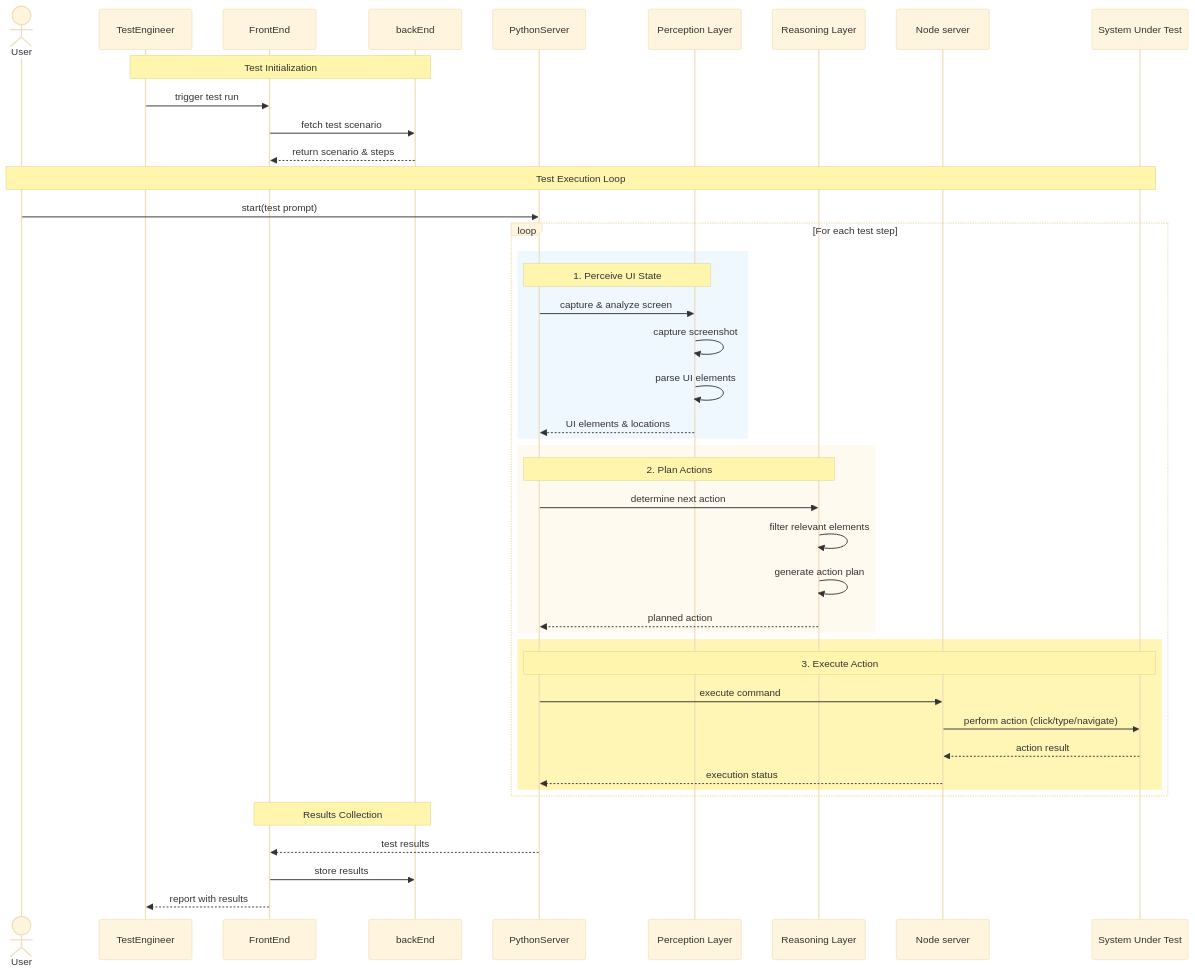
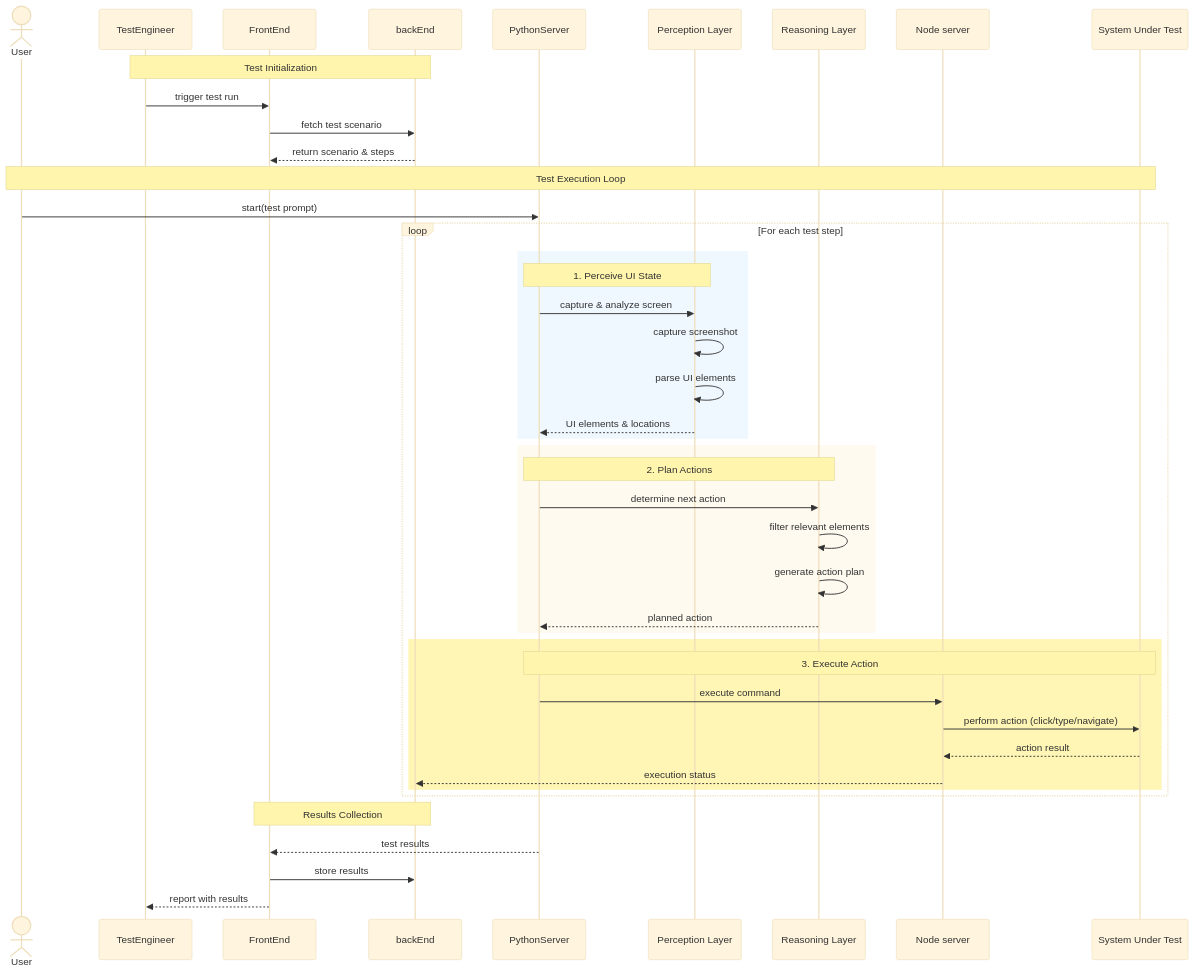
Before and after one commit to Youssef-Hossam2274/inspace-desktop: the first of 3 diagrams in docs/diagrams/workflow-diagrams.md, drawn with Mermaid (base theme).

Commit message:
edit readme file

````diff
--- a/docs/diagrams/workflow-diagrams.md
+++ b/docs/diagrams/workflow-diagrams.md
@@ -14,57 +14,57 @@
 ```mermaid
   sequenceDiagram
     actor User
     participant TestEngineer
     participant FrontEnd
     participant backEnd
     participant PythonServer as PythonServer
     participant Perception as Perception Layer
     participant Reasoning as Reasoning Layer
     participant Agent as Node server 
     participant SUT as System Under Test
 
     %% Test Setup
     Note over TestEngineer,backEnd: Test Initialization
     TestEngineer->>FrontEnd: trigger test run
     FrontEnd->>backEnd: fetch test scenario
     backEnd-->>FrontEnd: return scenario & steps
     
     %% Workflow Execution
     Note over User,SUT: Test Execution Loop
     User->>PythonServer: start(test prompt)
     
     loop For each test step
         %% Perception Phase
         rect rgb(240, 248, 255)
         Note over PythonServer,Perception: 1. Perceive UI State
         PythonServer->>Perception: capture & analyze screen
         Perception->>Perception: capture screenshot
         Perception->>Perception: parse UI elements
         Perception-->>PythonServer: UI elements & locations
         end
         
         %% Reasoning Phase
         rect rgb(255, 250, 240)
         Note over PythonServer,Reasoning: 2. Plan Actions
         PythonServer->>Reasoning: determine next action
         Reasoning->>Reasoning: filter relevant elements
         Reasoning->>Reasoning: generate action plan
         Reasoning-->>PythonServer: planned action
         end
         
         %% Execution Phase
         rect rgb(255, 245, 180)
         Note over PythonServer,SUT: 3. Execute Action
         PythonServer->>Agent: execute command
         Agent->>SUT: perform action (click/type/navigate)
         SUT-->>Agent: action result
-        Agent-->>PythonServer: execution status
+        Agent-->>backEnd: execution status
         end
     end
     
     %% Results & Reporting
     Note over FrontEnd,backEnd: Results Collection
     PythonServer-->>FrontEnd: test results
     FrontEnd->>backEnd: store results
     FrontEnd-->>TestEngineer: report with results
 ```
````
